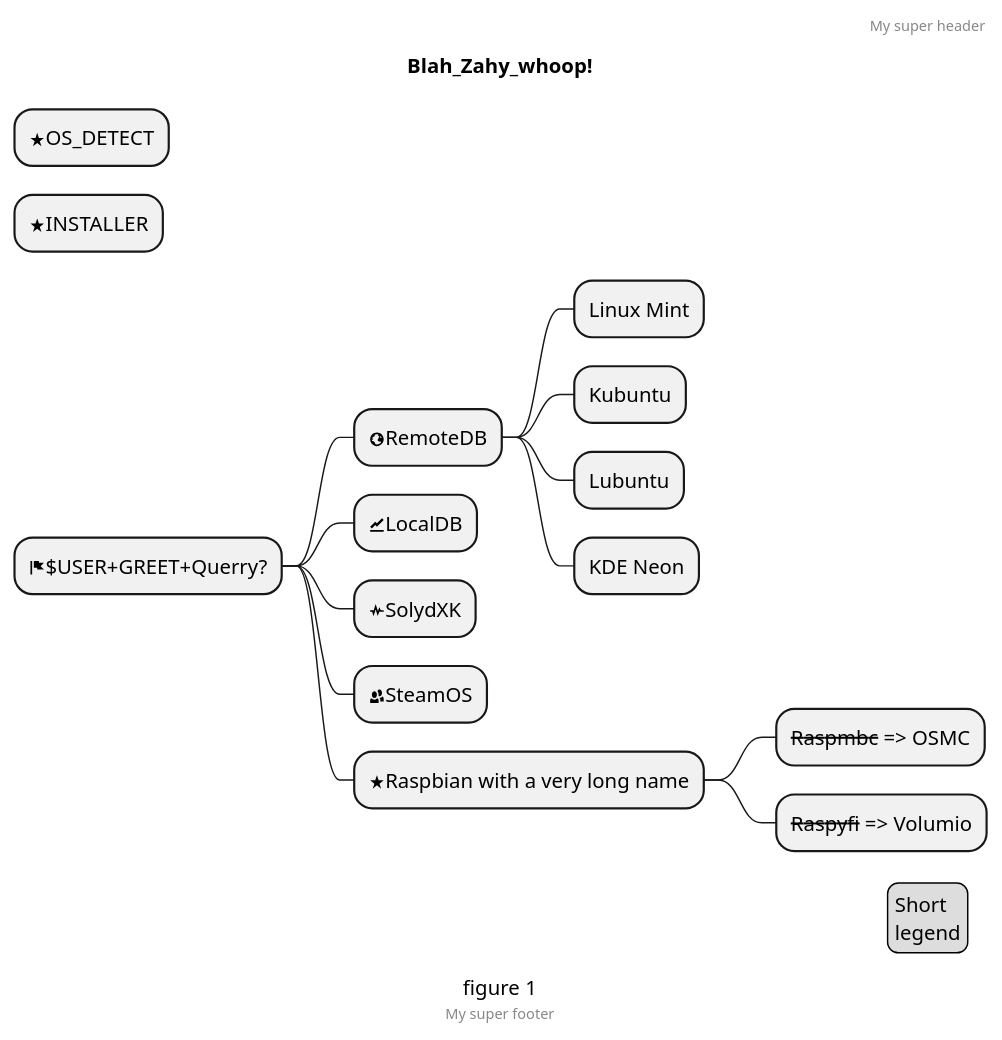
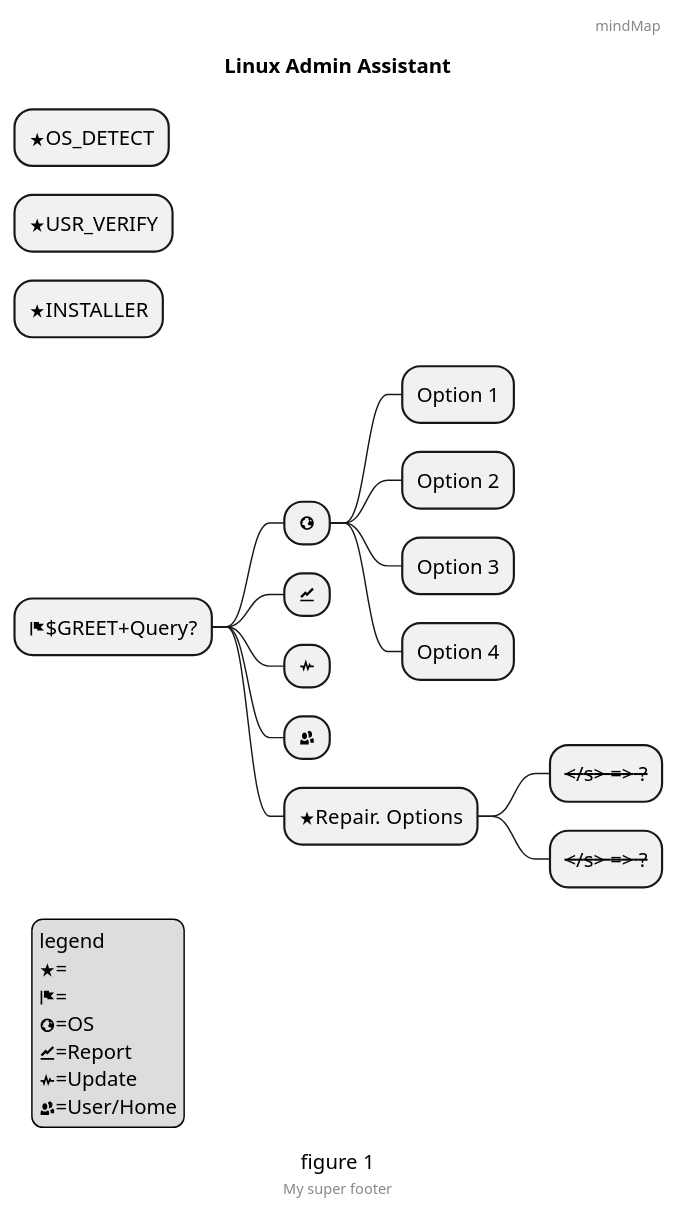
Before and after one commit to dacsec-org/linux_adminAssistant: the diagram in admin_tool.puml, drawn with PlantUML.

Commit message:
stubbed_mindMap_puml

```diff
--- a/admin_tool.puml
+++ b/admin_tool.puml
@@ -1,32 +1,38 @@
 @startmindmap
 'https://plantuml.com/mindmap-diagram
 
 caption figure 1
-title Blah_Zahy_whoop!
+title Linux Admin Assistant
 
 * <&star>OS_DETECT
+* <&star>USR_VERIFY
 * <&star>INSTALLER
-* <&flag>$USER+GREET+Querry?
-** <&globe>RemoteDB
-*** Linux Mint
-*** Kubuntu
-*** Lubuntu
-*** KDE Neon
-** <&graph>LocalDB
-** <&pulse>SolydXK
-** <&people>SteamOS
-** <&star>Raspbian with a very long name
-*** <s>Raspmbc</s> => OSMC
-*** <s>Raspyfi</s> => Volumio
+* <&flag>$GREET+Query?
+** <&globe>
+*** Option 1
+*** Option 2
+*** Option 3
+*** Option 4
+** <&graph>
+** <&pulse>
+** <&people>
+** <&star>Repair. Options
+*** <s></s> => ?
+*** <s></s> => ?
 
 header
-My super header
+mindMap
 endheader
 
 center footer My super footer
 
-legend right
-  Short
+legend left
   legend
+  <&star>=
+  <&flag>=
+  <&globe>=OS
+  <&graph>=Report
+  <&pulse>=Update
+  <&people>=User/Home
 endlegend
 @endmindmap
```
